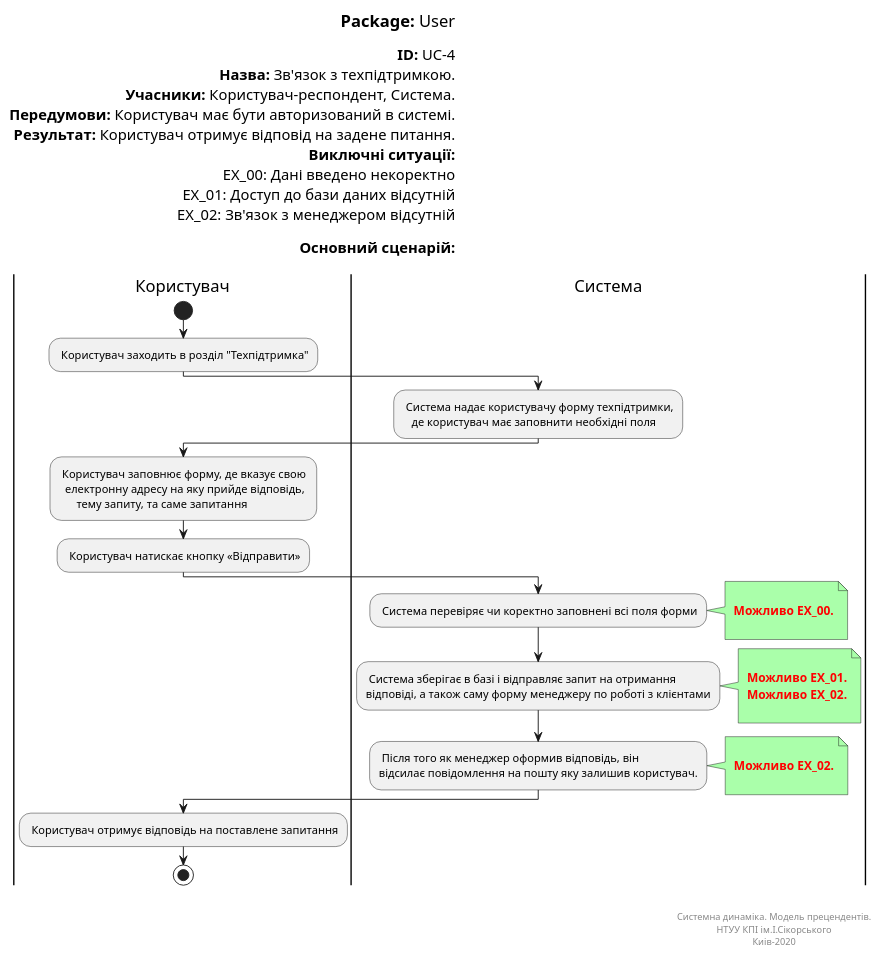
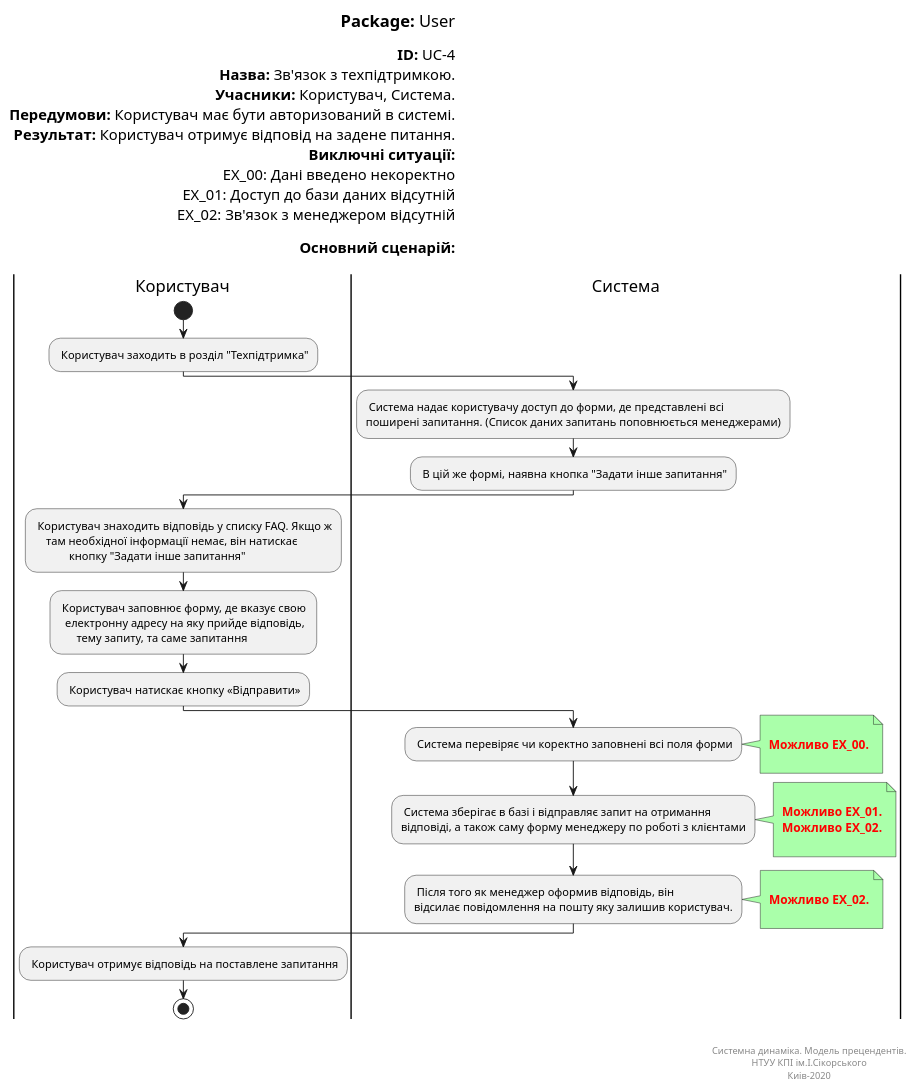
Before and after one commit to ip-85/System-Dynamics: the diagram in Doc/UMLDiagrams/scenarios/user/Diagrams/UML/UC4.pu, drawn with PlantUML.

```diff
--- a/Doc/UMLDiagrams/scenarios/user/Diagrams/UML/UC4.pu
+++ b/Doc/UMLDiagrams/scenarios/user/Diagrams/UML/UC4.pu
@@ -1,76 +1,81 @@
 @startuml userTechSupport
 left header
 <font color=000 size=18><b>Package:</b> User
 
 <font color=000 size=16><b>ID:</b> UC-4
 <font color=000 size=16><b>Назва:</b> Зв'язок з техпідтримкою.
-<font color=000 size=16><b>Учасники:</b> Користувач-респондент, Система.
+<font color=000 size=16><b>Учасники:</b> Користувач, Система.
 <font color=000 size=16><b>Передумови:</b> Користувач має бути авторизований в системі.
 <font color=000 size=16><b>Результат:</b> Користувач отримує відповід на задене питання. 
 <font color=000 size=16><b>Виключні ситуації:</b>
 <font color=000 size=16> EX_00: Дані введено некоректно
 <font color=000 size=16> EX_01: Доступ до бази даних відсутній
 <font color=000 size=16> EX_02: Зв'язок з менеджером відсутній
 
 <font color=000 size=16><b>Основний сценарій:</b>
 
 end header
 
 |Користувач|
 start
 : Користувач заходить в розділ "Техпідтримка";
 
 |Система|
-: Система надає користувачу форму техпідтримки, 
-   де користувач має заповнити необхідні поля;
+: Система надає користувачу доступ до форми, де представлені всі 
+поширені запитання. (Список даних запитань поповнюється менеджерами);
+
+: В цій же формі, наявна кнопка "Задати інше запитання";
 
 |Користувач|
+: Користувач знаходить відповідь у списку FAQ. Якщо ж 
+    там необхідної інформації немає, він натискає 
+            кнопку "Задати інше запитання";
 
 : Користувач заповнює форму, де вказує свою 
   електронну адресу на яку прийде відповідь, 
       тему запиту, та саме запитання;
       
 : Користувач натискає кнопку «Відправити»;
 
 |Система|
 
 : Система перевіряє чи коректно заповнені всі поля форми;
 note right #aaffaa
 
 <font color=red><b> Можливо EX_00.
 
 end note
 
 : Система зберігає в базі і відправляє запит на отримання 
 відповіді, а також саму форму менеджеру по роботі з клієнтами;
 
 note right #aaffaa
 
 <font color=red><b> Можливо EX_01.
 <font color=red><b> Можливо EX_02.
 
 end note
 
 : Після того як менеджер оформив відповідь, він 
 відсилає повідомлення на пошту яку залишив користувач.;
 note right #aaffaa
 
 <font color=red><b> Можливо EX_02.
 
 end note
 
 |Користувач|
 
 : Користувач отримує відповідь на поставлене запитання;
 
 stop;
 
 right footer
 
 
 Системна динаміка. Модель прецендентів.
 НТУУ КПІ ім.І.Сікорського
 Киів-2020
 end footer
 
 @enduml
```
